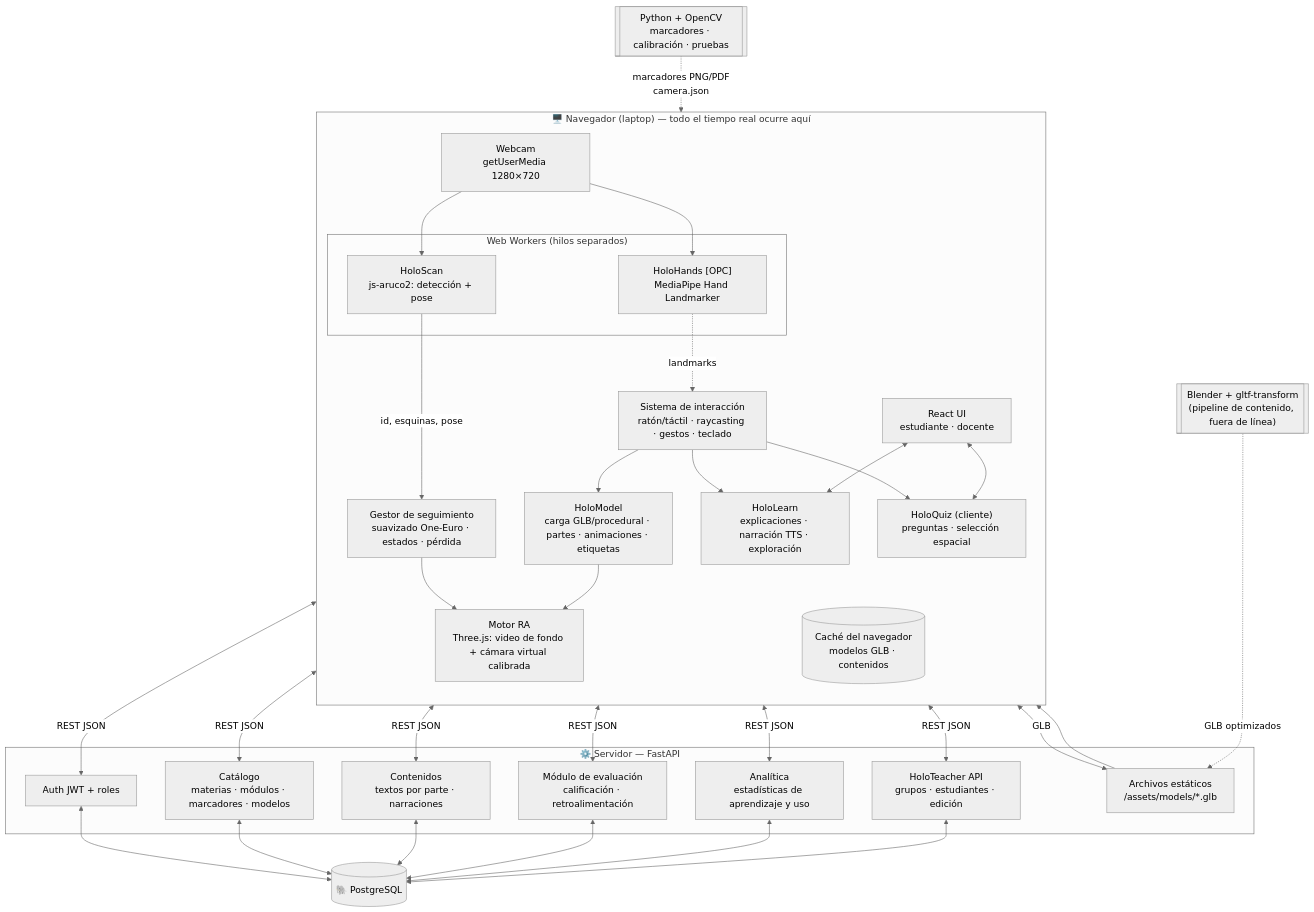
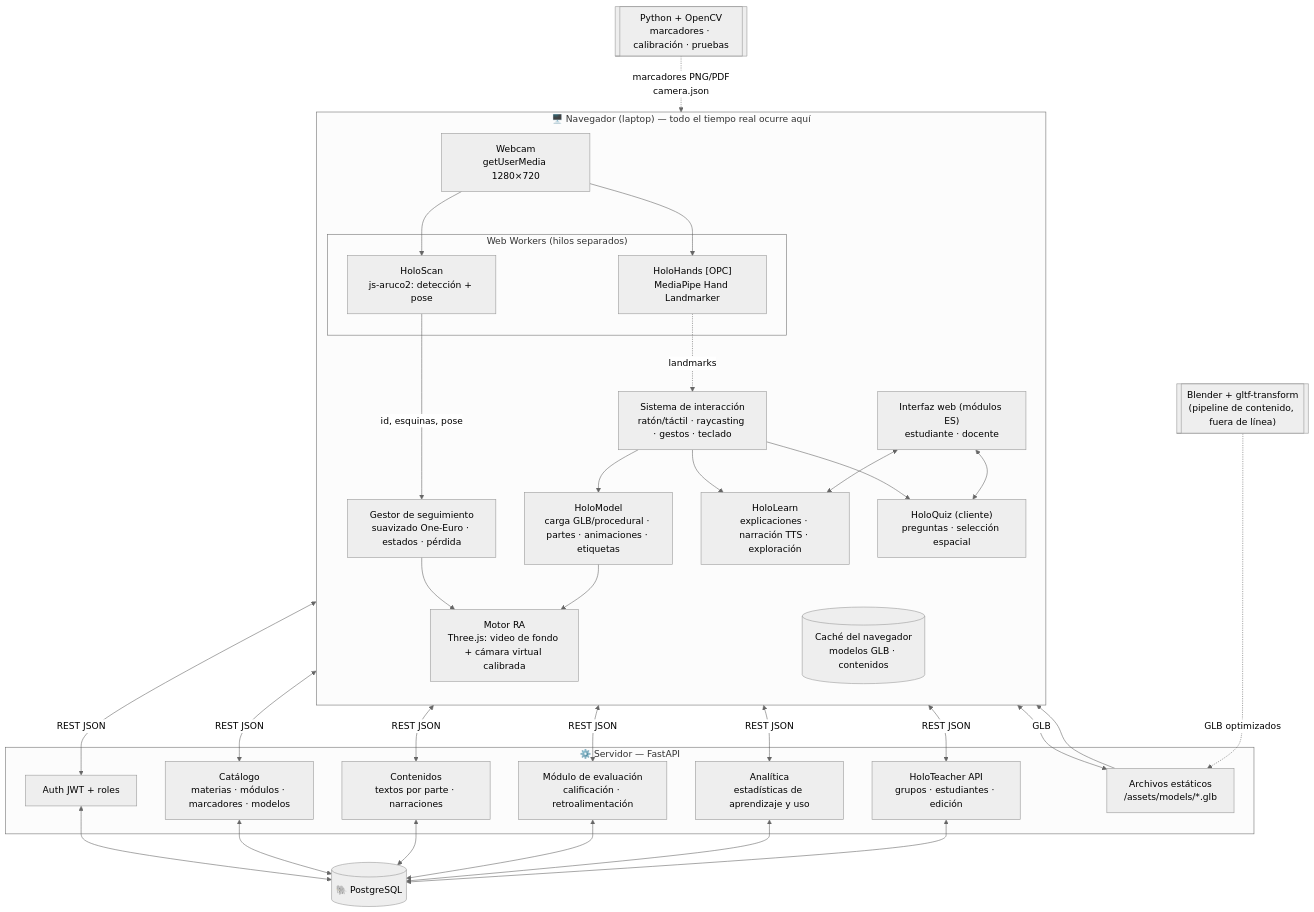
One commit to Br-Benja/holoclass changed the first of 5 diagrams in 02_Arquitectura_y_Tecnologias.md. Above: the diagram before and after it, drawn with Mermaid (neutral theme). The commit also changed other lines of this file and 50 other files, not shown here.

````diff
--- a/02_Arquitectura_y_Tecnologias.md
+++ b/02_Arquitectura_y_Tecnologias.md
@@ -66,46 +66,46 @@
 ```mermaid
 flowchart TB
     subgraph NAV["🖥️ Navegador (laptop) — todo el tiempo real ocurre aquí"]
         direction TB
         CAM["Webcam<br/>getUserMedia 1280×720"]
         subgraph WK["Web Workers (hilos separados)"]
             ARU["HoloScan<br/>js-aruco2: detección + pose"]
             HND["HoloHands [OPC]<br/>MediaPipe Hand Landmarker"]
         end
         TRK["Gestor de seguimiento<br/>suavizado One-Euro · estados · pérdida"]
         AR["Motor RA<br/>Three.js: video de fondo + cámara virtual calibrada"]
         MOD["HoloModel<br/>carga GLB/procedural · partes · animaciones · etiquetas"]
         INT["Sistema de interacción<br/>ratón/táctil · raycasting · gestos · teclado"]
         LRN["HoloLearn<br/>explicaciones · narración TTS · exploración"]
         QZ["HoloQuiz (cliente)<br/>preguntas · selección espacial"]
-        UI["React UI<br/>estudiante · docente"]
+        UI["Interfaz web (módulos ES)<br/>estudiante · docente"]
         CACHE[("Caché del navegador<br/>modelos GLB · contenidos")]
     end
 
     subgraph SRV["⚙️ Servidor — FastAPI"]
         AUTH["Auth JWT + roles"]
         CAT["Catálogo<br/>materias · módulos · marcadores · modelos"]
         CNT["Contenidos<br/>textos por parte · narraciones"]
         EVA["Módulo de evaluación<br/>calificación · retroalimentación"]
         ANA["Analítica<br/>estadísticas de aprendizaje y uso"]
         TCH["HoloTeacher API<br/>grupos · estudiantes · edición"]
         STA["Archivos estáticos<br/>/assets/models/*.glb"]
     end
 
     DB[("🐘 PostgreSQL")]
     BL[["Blender + gltf-transform<br/>(pipeline de contenido, fuera de línea)"]]
     PY[["Python + OpenCV<br/>marcadores · calibración · pruebas"]]
 
     CAM --> ARU & HND
     ARU -->|id, esquinas, pose| TRK --> AR
     HND -.->|landmarks| INT
     MOD --> AR
     INT --> MOD & LRN & QZ
     UI <--> LRN & QZ
     UI <-->|REST JSON| AUTH & CAT & CNT & EVA & ANA & TCH
     MOD <-->|GLB| STA
     STA --> CACHE
     AUTH & CAT & CNT & EVA & ANA & TCH <--> DB
     BL -.->|GLB optimizados| STA
     PY -.->|marcadores PNG/PDF<br/>camera.json| NAV
 ```
````
